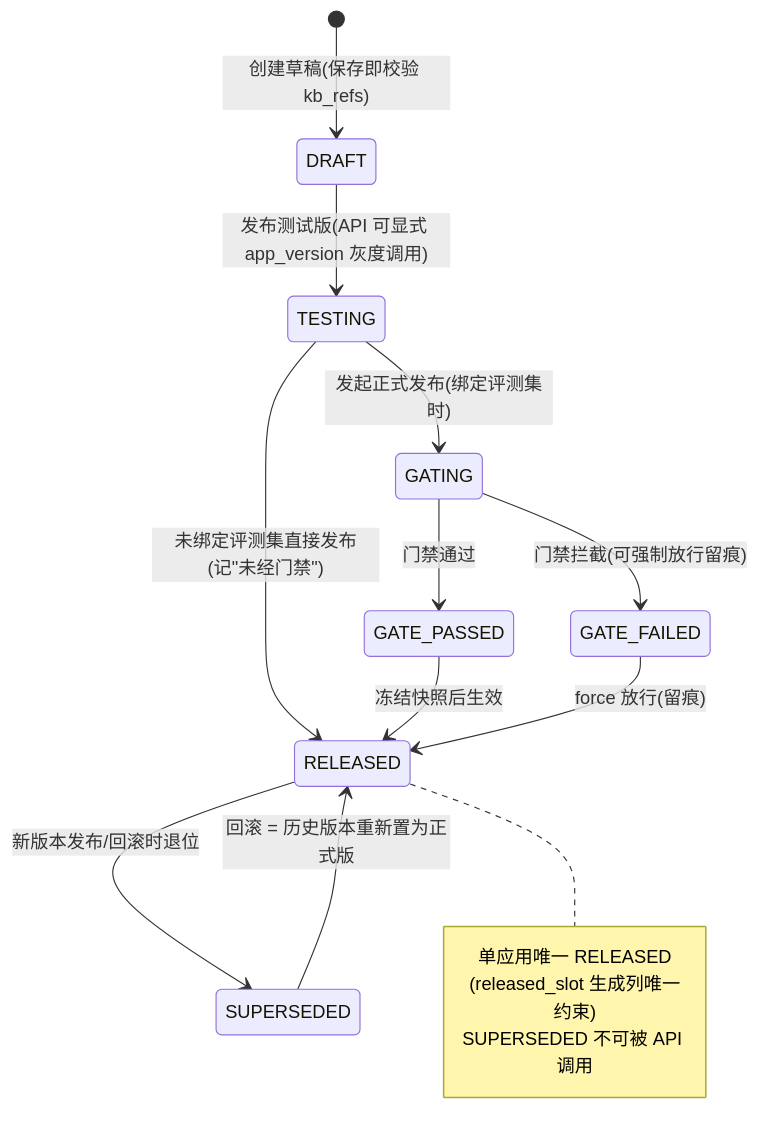
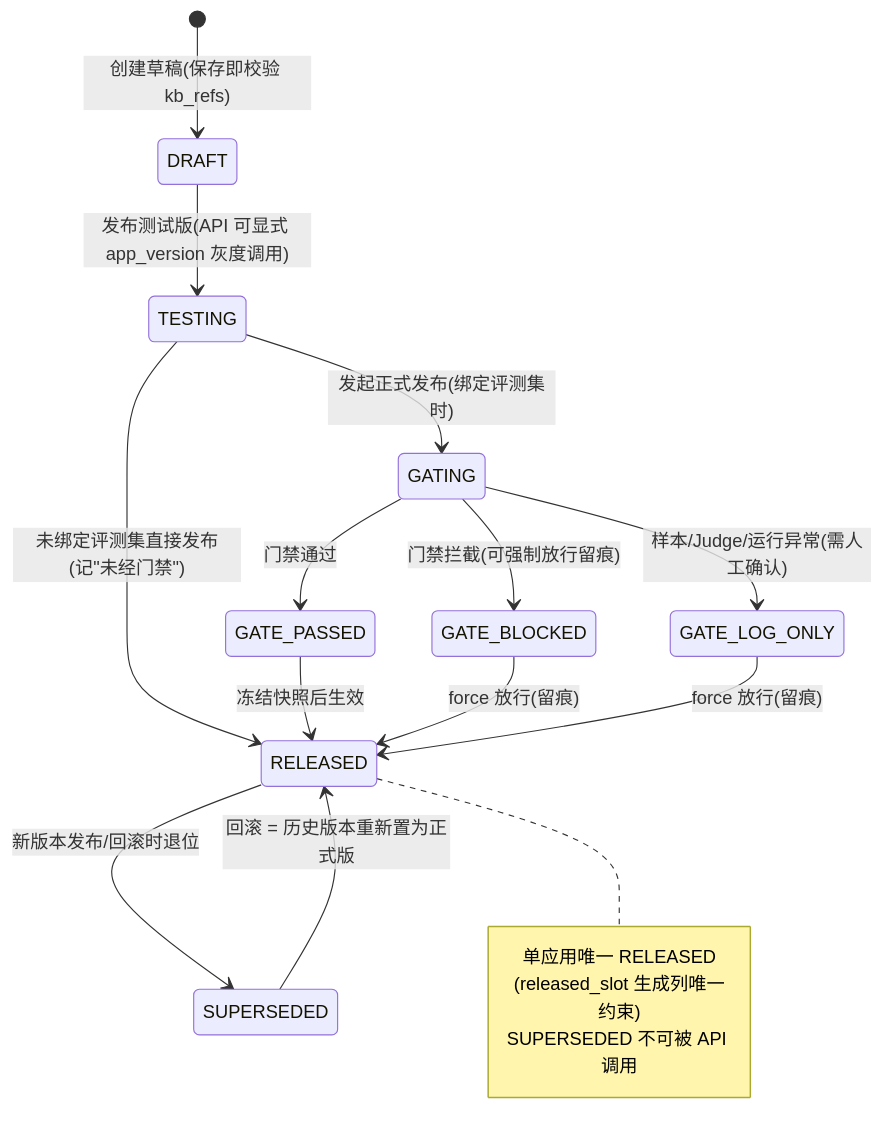
One commit to liulangjietou/kb-rag changed the seventh of 18 diagrams in kb-rag-deploy/docs/FLOWS.md. Above: the diagram before and after it, drawn with Mermaid. The commit also changed other lines of this file and 63 other files, not shown here.

````diff
--- a/kb-rag-deploy/docs/FLOWS.md
+++ b/kb-rag-deploy/docs/FLOWS.md
@@ -190,18 +190,20 @@
 ```mermaid
 stateDiagram-v2
     [*] --> DRAFT: 创建草稿(保存即校验 kb_refs)
     DRAFT --> TESTING: 发布测试版(API 可显式 app_version 灰度调用)
     TESTING --> GATING: 发起正式发布(绑定评测集时)
     TESTING --> RELEASED: 未绑定评测集直接发布(记"未经门禁")
     GATING --> GATE_PASSED: 门禁通过
-    GATING --> GATE_FAILED: 门禁拦截(可强制放行留痕)
+    GATING --> GATE_BLOCKED: 门禁拦截(可强制放行留痕)
+    GATING --> GATE_LOG_ONLY: 样本/Judge/运行异常(需人工确认)
     GATE_PASSED --> RELEASED: 冻结快照后生效
-    GATE_FAILED --> RELEASED: force 放行(留痕)
+    GATE_BLOCKED --> RELEASED: force 放行(留痕)
+    GATE_LOG_ONLY --> RELEASED: force 放行(留痕)
     RELEASED --> SUPERSEDED: 新版本发布/回滚时退位
     SUPERSEDED --> RELEASED: 回滚 = 历史版本重新置为正式版
     note right of RELEASED
         单应用唯一 RELEASED
         (released_slot 生成列唯一约束)
         SUPERSEDED 不可被 API 调用
     end note
 ```
````
